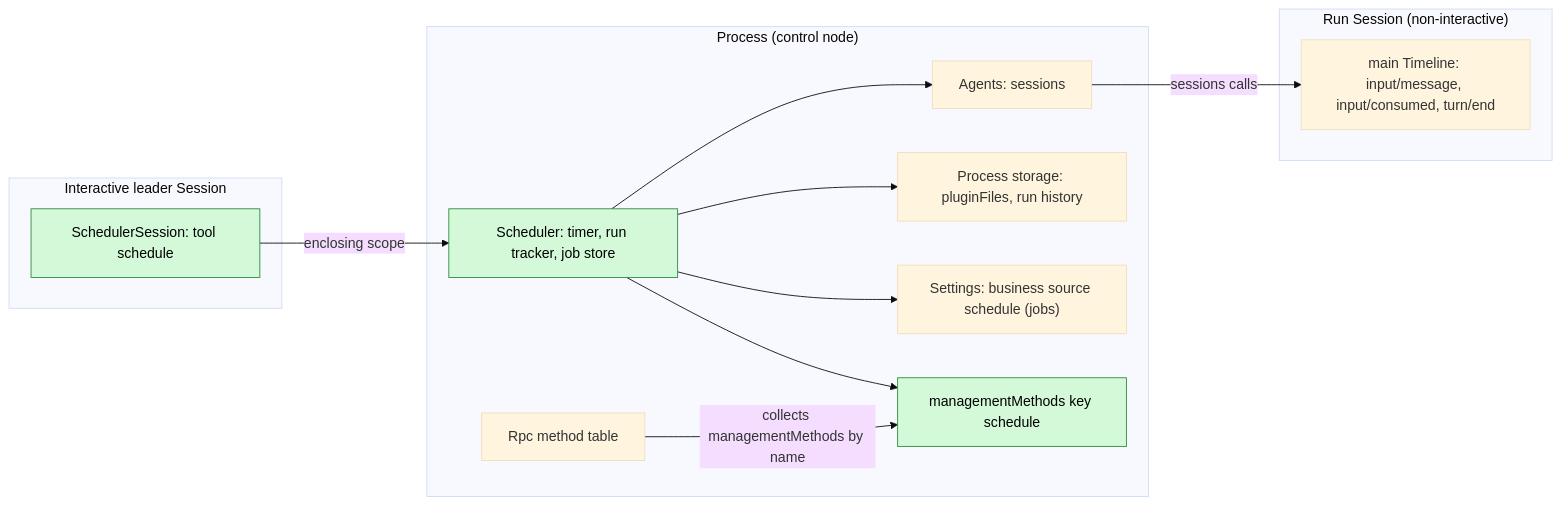
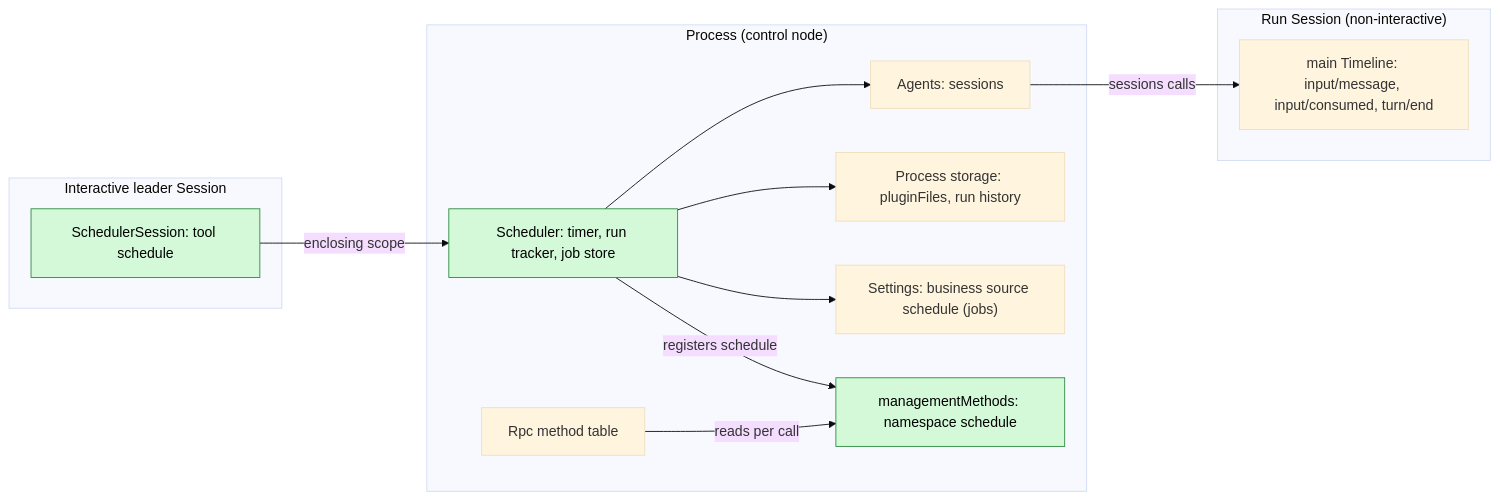
One commit to CoutinhoTTS/dim-agent changed the first of 6 diagrams in docs/design/plugins/Scheduler.md. Above: the diagram before and after it, drawn with Mermaid (base theme). The commit also changed other lines of this file and 163 other files, not shown here.

````diff
--- a/docs/design/plugins/Scheduler.md
+++ b/docs/design/plugins/Scheduler.md
@@ -15,26 +15,26 @@
 ```mermaid
 flowchart LR
   subgraph PROC["Process (control node)"]
     Sched["Scheduler: timer, run tracker, job store"]
-    MM["managementMethods key schedule"]
+    MM["managementMethods: namespace schedule"]
     Agents["Agents: sessions"]
     Rpc["Rpc method table"]
     Store["Process storage: pluginFiles, run history"]
     Set["Settings: business source schedule (jobs)"]
   end
   subgraph SESS["Interactive leader Session"]
     Tool["SchedulerSession: tool schedule"]
   end
   subgraph RUN["Run Session (non-interactive)"]
     TL["main Timeline: input/message, input/consumed, turn/end"]
   end
   Tool -->|"enclosing scope"| Sched
   Sched --> Agents
   Sched --> Store
   Sched --> Set
-  Sched --> MM
-  Rpc -->|"collects managementMethods by name"| MM
+  Sched -->|"registers schedule"| MM
+  Rpc -->|"reads per call"| MM
   Agents -->|"sessions calls"| TL
   classDef new fill:#d3f9d8,stroke:#2b8a3e,color:#000
   class Sched,MM,Tool new
 ```
````
